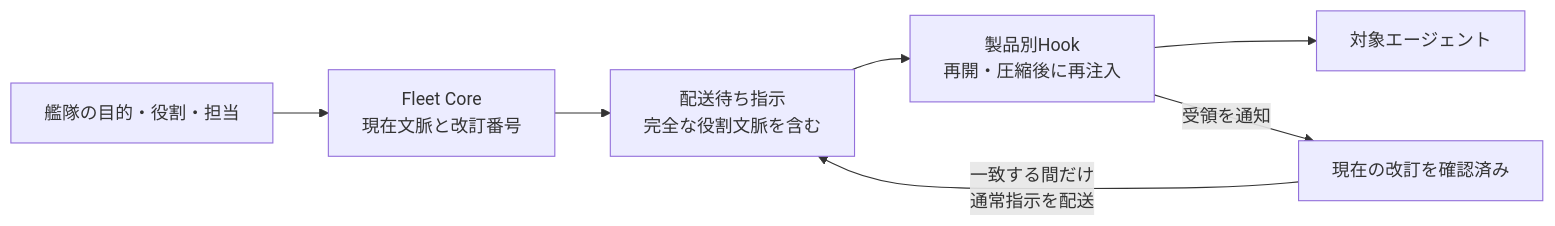
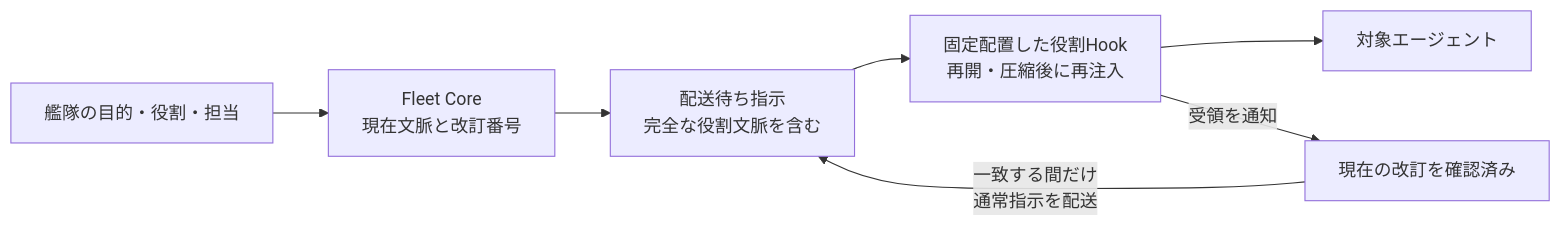
One commit to nakamori-naoya/agent-fleet-plugins changed the second of 12 diagrams in docs/2026-08-31-エージェント艦隊-連携と全体制御.md. Above: the diagram before and after it, drawn with Mermaid. The commit also changed other lines of this file and 16 other files, not shown here.

````diff
--- a/docs/2026-08-31-エージェント艦隊-連携と全体制御.md
+++ b/docs/2026-08-31-エージェント艦隊-連携と全体制御.md
@@ -73,12 +73,12 @@
 ```mermaid
 flowchart LR
     F[艦隊の目的・役割・担当]
     C[Fleet Core<br/>現在文脈と改訂番号]
     O[配送待ち指示<br/>完全な役割文脈を含む]
-    H[製品別Hook<br/>再開・圧縮後に再注入]
+    H[固定配置した役割Hook<br/>再開・圧縮後に再注入]
     K[現在の改訂を確認済み]
     A[対象エージェント]
     F --> C --> O --> H --> A
     H -->|受領を通知| K
     K -->|一致する間だけ<br/>通常指示を配送| O
 ```
````
